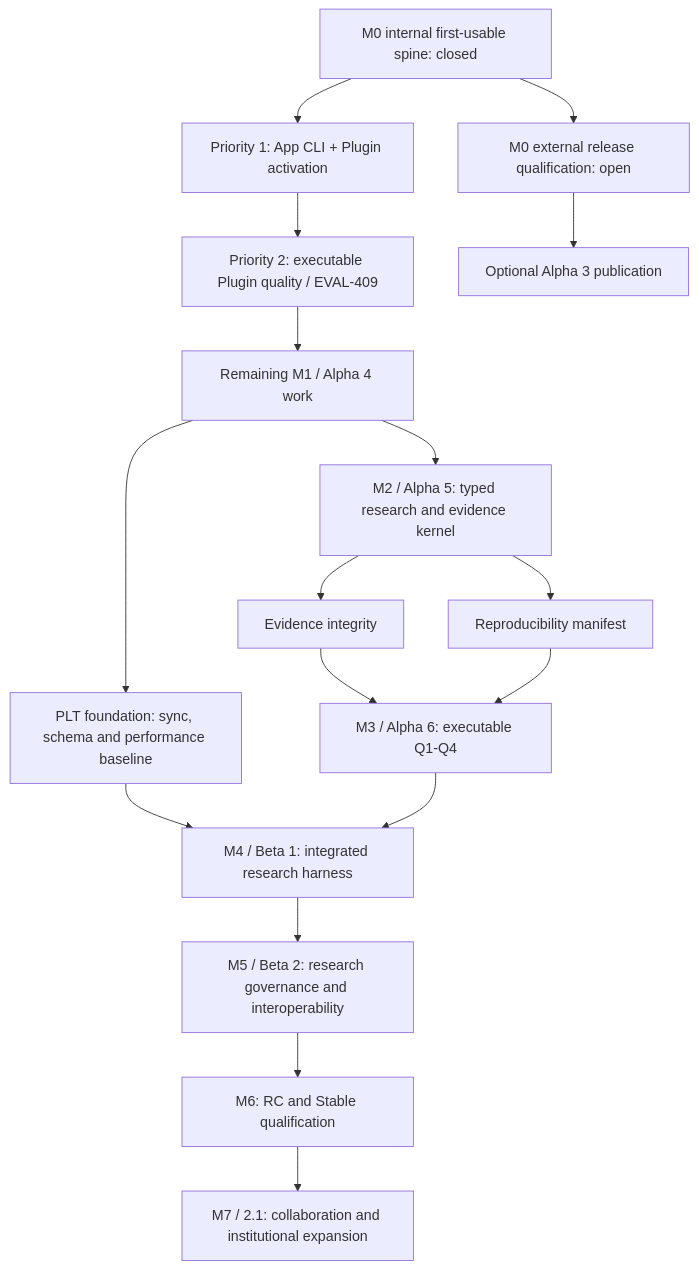
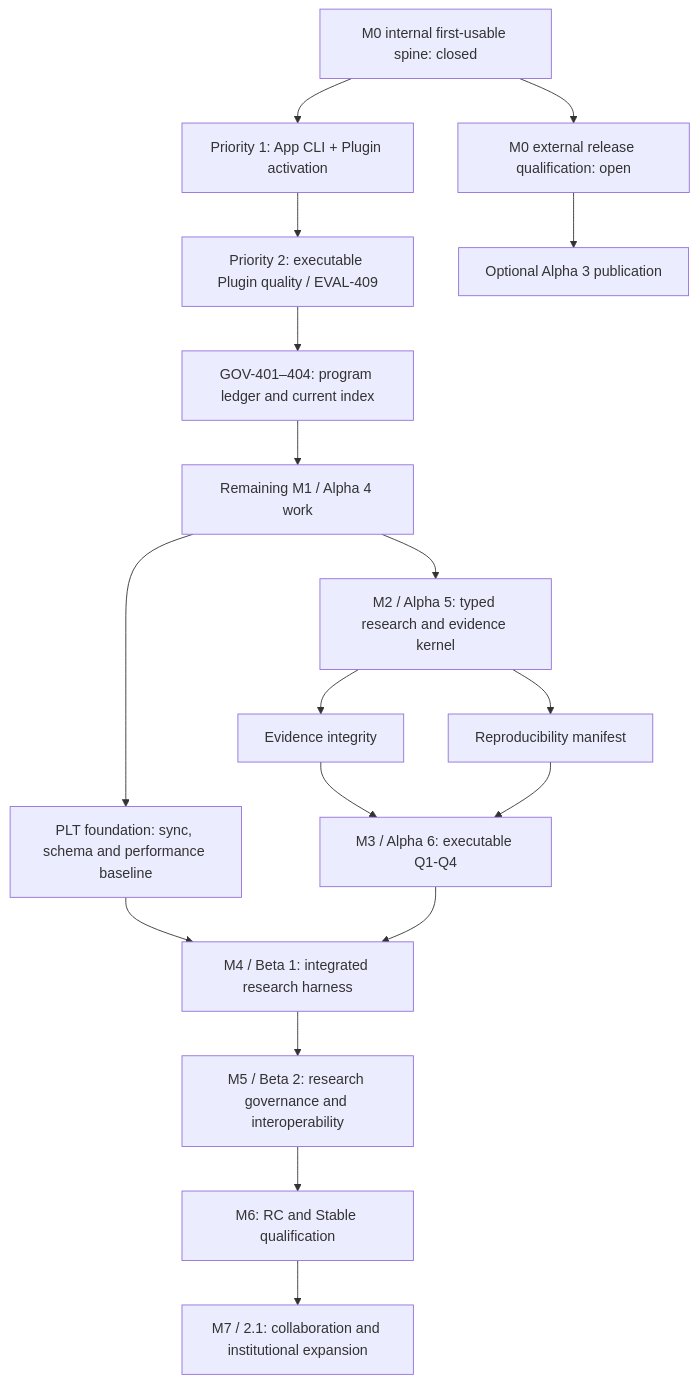
Before and after one commit to jxpeng98/qiongli: the diagram in docs/superpowers/roadmaps/2026-08-02-qiongli-2-research-harness-master-roadmap.md, drawn with Mermaid. The commit also changed other lines of this file and 22 other files, not shown here.

First line of the commit message:
feat(roadmap): add machine-readable program ledger

````diff
--- a/docs/superpowers/roadmaps/2026-08-02-qiongli-2-research-harness-master-roadmap.md
+++ b/docs/superpowers/roadmaps/2026-08-02-qiongli-2-research-harness-master-roadmap.md
@@ -247,19 +251,20 @@
 ```mermaid
 flowchart TD
     M0I["M0 internal first-usable spine: closed"] --> M0R["M0 external release qualification: open"]
     M0I --> ACT["Priority 1: App CLI + Plugin activation"]
     ACT --> PQ["Priority 2: executable Plugin quality / EVAL-409"]
-    PQ --> M1["Remaining M1 / Alpha 4 work"]
+    PQ --> GOV["GOV-401–404: program ledger and current index"]
+    GOV --> M1["Remaining M1 / Alpha 4 work"]
     M0R --> PUB["Optional Alpha 3 publication"]
     M1 --> M2["M2 / Alpha 5: typed research and evidence kernel"]
     M1 --> P1["PLT foundation: sync, schema and performance baseline"]
     M2 --> E1["Evidence integrity"]
     M2 --> R1["Reproducibility manifest"]
     E1 --> M3["M3 / Alpha 6: executable Q1-Q4"]
     R1 --> M3
     P1 --> M4["M4 / Beta 1: integrated research harness"]
     M3 --> M4
     M4 --> M5["M5 / Beta 2: research governance and interoperability"]
     M5 --> M6["M6: RC and Stable qualification"]
     M6 --> M7["M7 / 2.1: collaboration and institutional expansion"]
 ```
````
